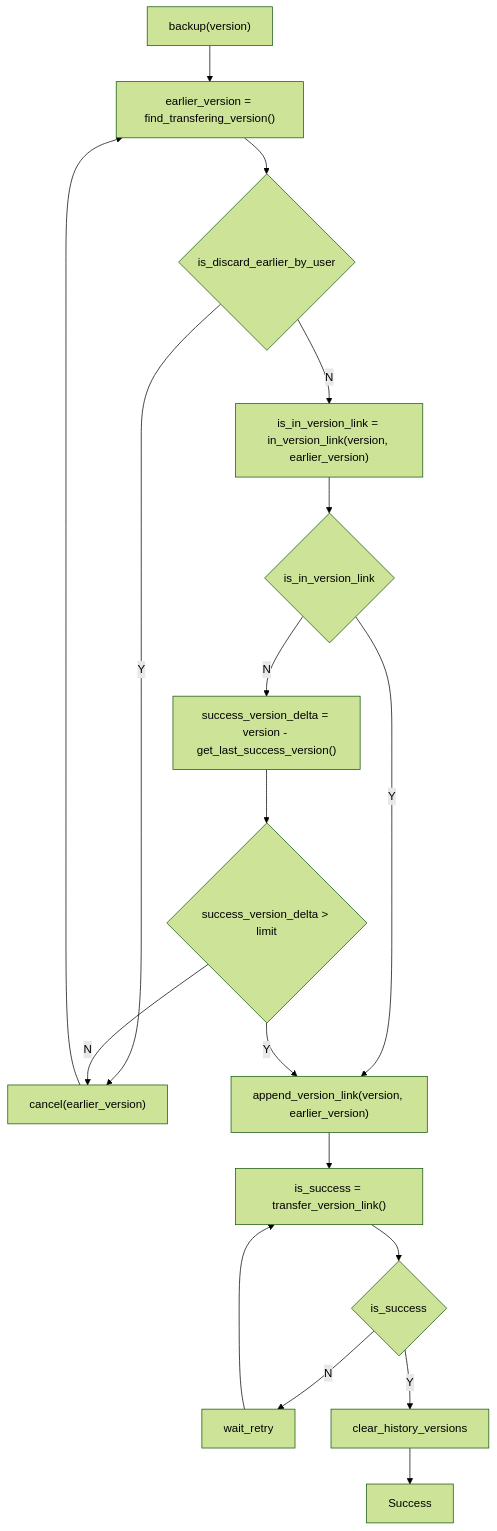
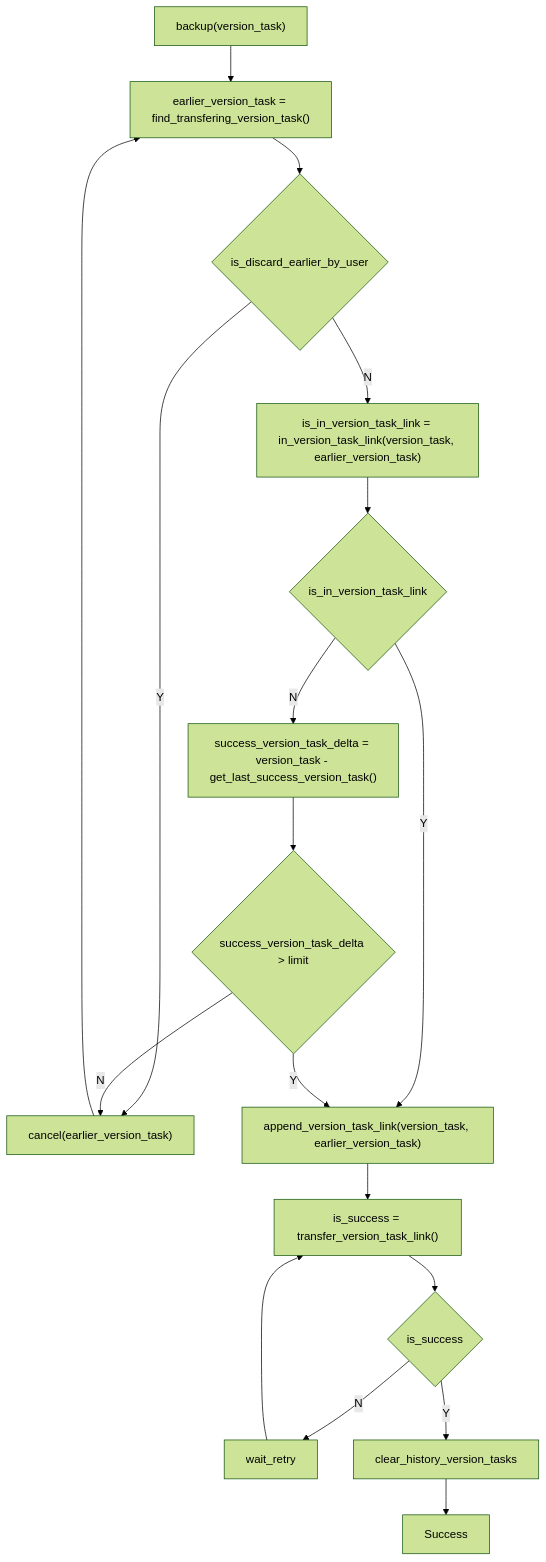
The second of 4 diagrams in demo/backup_server/src/readme.md (buckyos/buckyos), drawn with Mermaid (forest theme) before and after one commit. The commit also changed other lines of this file, not shown here.

Commit message:
upload & download flowchart

````diff
--- a/demo/backup_server/src/readme.md
+++ b/demo/backup_server/src/readme.md
@@ -79,20 +79,20 @@
 ```mermaid
 graph TD
-A["backup(version)"] --> B["earlier_version = find_transfering_version()"]
+A["backup(version_task)"] --> B["earlier_version_task = find_transfering_version_task()"]
 B --> DiscardByUser{is_discard_earlier_by_user}
 DiscardByUser -- Y --> D
-DiscardByUser -- N --> C["is_in_version_link = in_version_link(version, earlier_version)"]
-C --> is_in_version_link{is_in_version_link}
-is_in_version_link -- Y --> E["append_version_link(version, earlier_version)"]
-is_in_version_link -- N --> SuccessDelta["success_version_delta = version - get_last_success_version()"]
-SuccessDelta --> DeltaLimit{success_version_delta > limit}
-DeltaLimit -- N --> D["cancel(earlier_version)"]
+DiscardByUser -- N --> C["is_in_version_task_link = in_version_task_link(version_task, earlier_version_task)"]
+C --> is_in_version_task_link{is_in_version_task_link}
+is_in_version_task_link -- Y --> E["append_version_task_link(version_task, earlier_version_task)"]
+is_in_version_task_link -- N --> SuccessDelta["success_version_task_delta = version_task - get_last_success_version_task()"]
+SuccessDelta --> DeltaLimit{success_version_task_delta > limit}
+DeltaLimit -- N --> D["cancel(earlier_version_task)"]
 DeltaLimit -- Y --> E
 D --> B
-E --> Transfer["is_success = transfer_version_link()"]
+E --> Transfer["is_success = transfer_version_task_link()"]
 Transfer --> F{is_success}
 F -- N --> H[wait_retry]
-F -- Y --> G["clear_history_versions"]
+F -- Y --> G["clear_history_version_tasks"]
 H --> Transfer
 G --> Success
 ```
````
